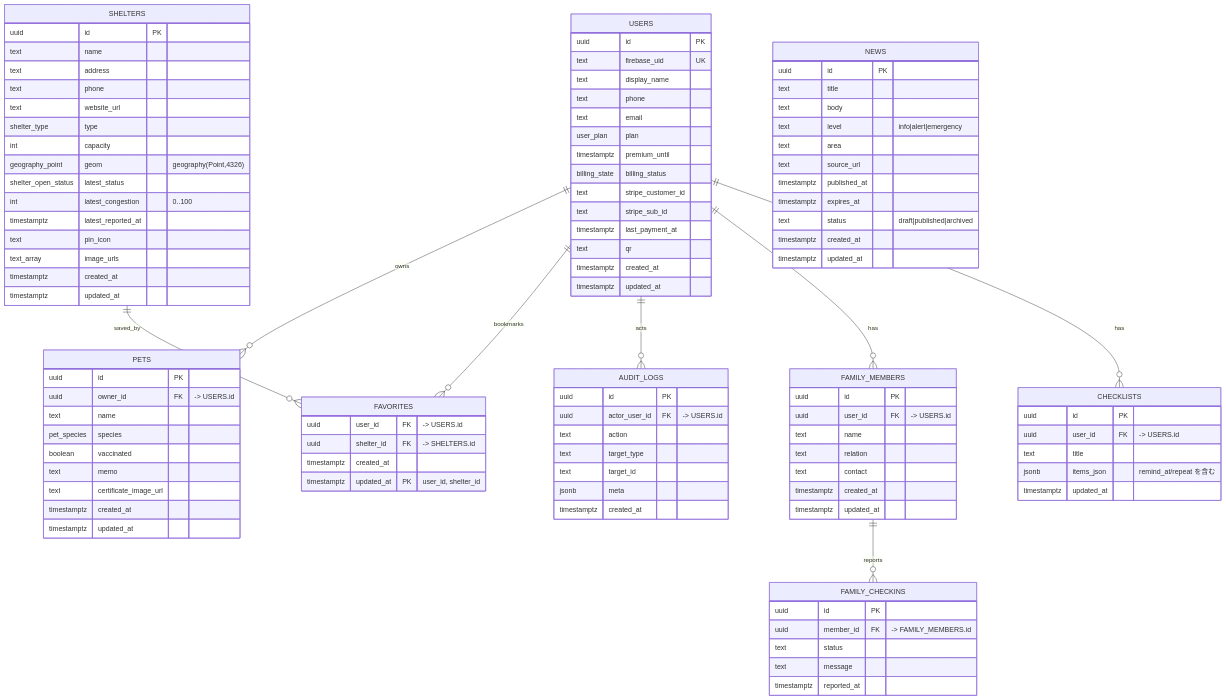
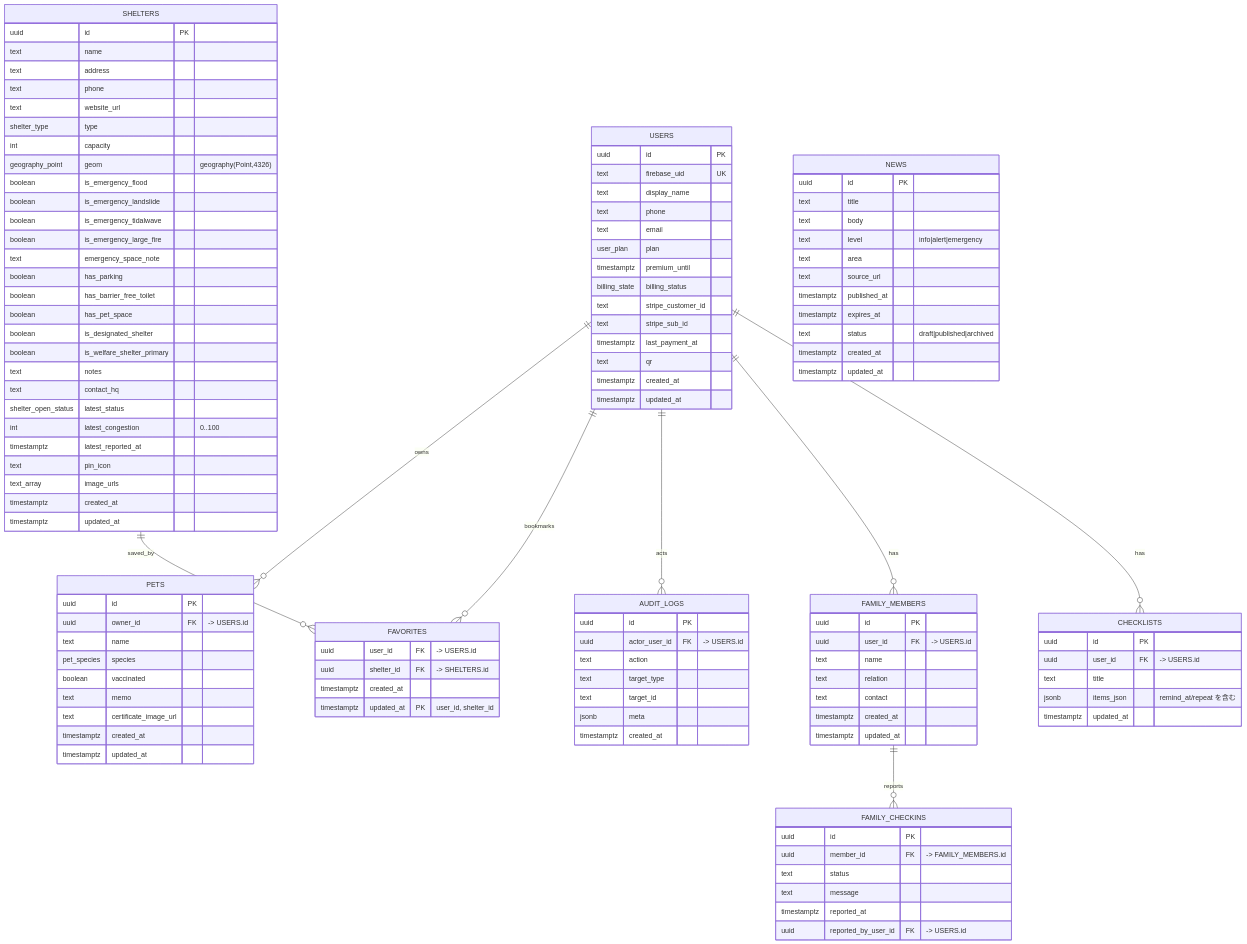
The diagram in docs/ER図.md (Ma11111ma/hinapet), drawn with Mermaid before and after one commit. The commit also changed 10 other files, not shown here.

```diff
--- a/docs/ER図.md
+++ b/docs/ER図.md
@@ -48,6 +48,18 @@
       shelter_type type
       int capacity
       geography_point geom "geography(Point,4326)"
+      boolean is_emergency_flood
+      boolean is_emergency_landslide
+      boolean is_emergency_tidalwave
+      boolean is_emergency_large_fire
+      text emergency_space_note
+      boolean has_parking
+      boolean has_barrier_free_toilet
+      boolean has_pet_space
+      boolean is_designated_shelter
+      boolean is_welfare_shelter_primary
+      text notes
+      text contact_hq
       shelter_open_status latest_status
       int latest_congestion "0..100"
       timestamptz latest_reported_at
@@ -91,6 +103,7 @@
       text status
       text message
       timestamptz reported_at
+      uuid reported_by_user_id FK "-> USERS.id"
     }
 
     CHECKLISTS {
```
